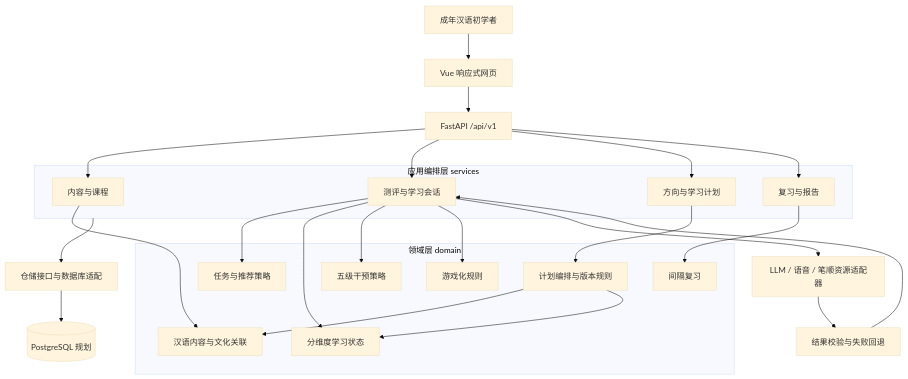
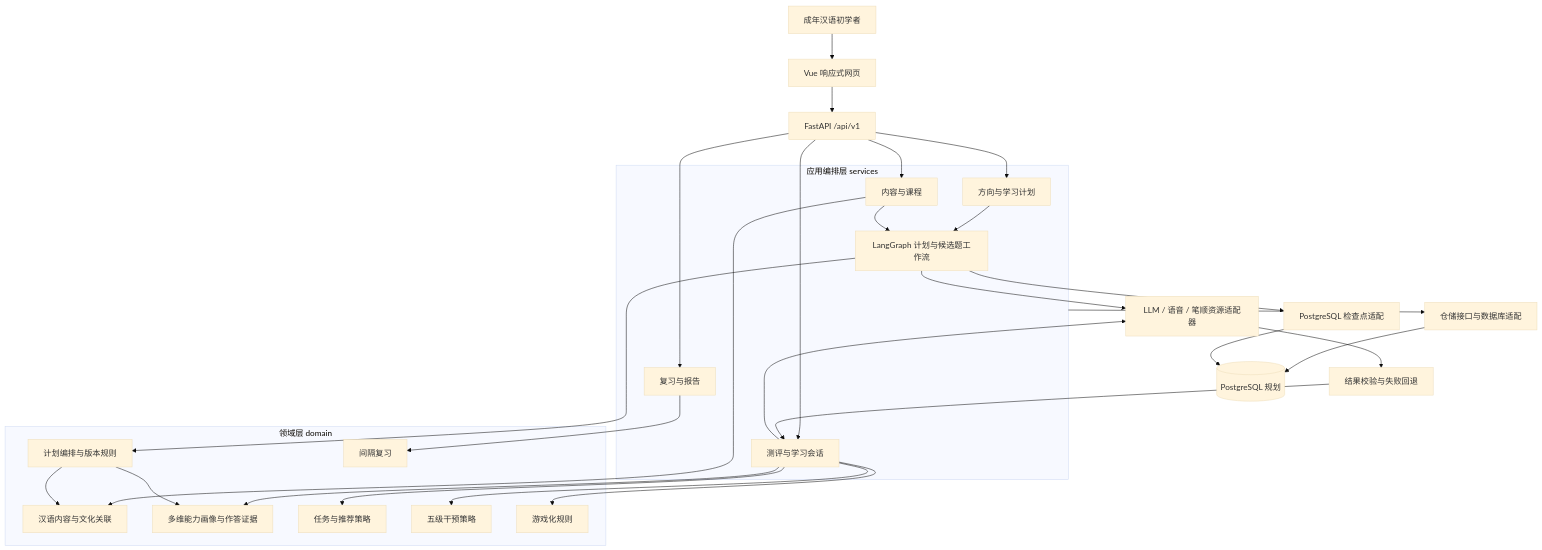
Before and after one commit to tianyew/OwlOwlGo-ECNU: the first of 4 diagrams in docs/software/architecture.md, drawn with Mermaid (base theme). The commit also changed other lines of this file, not shown here.

````diff
--- a/docs/software/architecture.md
+++ b/docs/software/architecture.md
@@ -85,38 +170,44 @@
 ```mermaid
 flowchart TB
   U[成年汉语初学者] --> W[Vue 响应式网页]
   W --> API[FastAPI /api/v1]
   subgraph App[应用编排层 services]
     C[内容与课程]
     S[测评与学习会话]
     P[方向与学习计划]
+    G[LangGraph 计划与候选题工作流]
     R[复习与报告]
   end
   API --> C
   API --> S
   API --> P
   API --> R
   subgraph Domain[领域层 domain]
     Content[汉语内容与文化关联]
-    Learner[分维度学习状态]
+    Learner[多维能力画像与作答证据]
     Task[任务与推荐策略]
     Plan[计划编排与版本规则]
     Help[五级干预策略]
     Review[间隔复习]
     Game[游戏化规则]
   end
   C --> Content
   S --> Task
   S --> Learner
   S --> Help
   S --> Game
-  P --> Plan
+  P --> G
+  C --> G
+  G --> Plan
   Plan --> Content
   Plan --> Learner
   R --> Review
   App --> Repo[仓储接口与数据库适配]
   Repo --> DB[(PostgreSQL 规划)]
+  G --> CP[PostgreSQL 检查点适配]
+  CP --> DB
   S --> Adapters[LLM / 语音 / 笔顺资源适配器]
+  G --> Adapters
   Adapters --> Validate[结果校验与失败回退]
   Validate --> S
 ```
````
